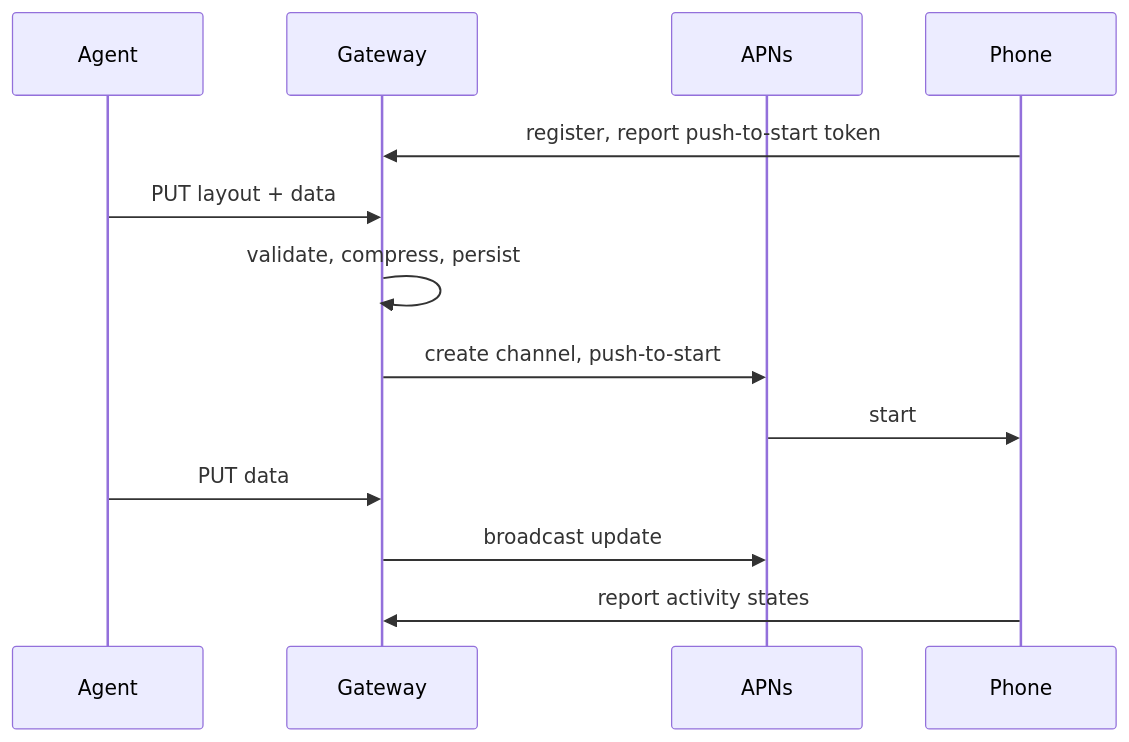
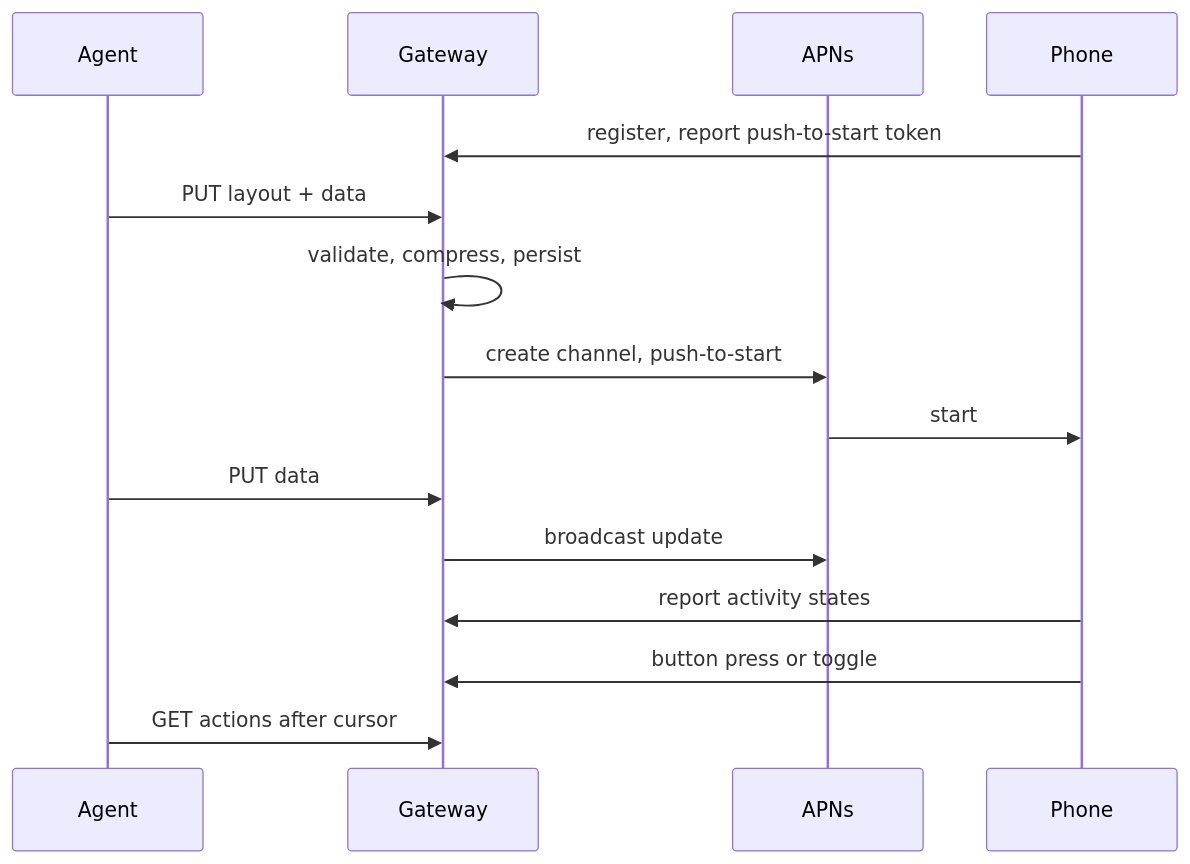
Before and after one commit to emileberhard/Lykta: the diagram in docs/architecture.md, drawn with Mermaid. The commit also changed other lines of this file and 25 other files, not shown here.

First line of the commit message:
Let layouts chart, repeat, link, animate and take taps

````diff
--- a/docs/architecture.md
+++ b/docs/architecture.md
@@ -17,15 +16,17 @@
 ```mermaid
 sequenceDiagram
     participant Agent
     participant Gateway
     participant APNs
     participant Phone
     Phone->>Gateway: register, report push-to-start token
     Agent->>Gateway: PUT layout + data
     Gateway->>Gateway: validate, compress, persist
     Gateway->>APNs: create channel, push-to-start
     APNs->>Phone: start
     Agent->>Gateway: PUT data
     Gateway->>APNs: broadcast update
     Phone->>Gateway: report activity states
+    Phone->>Gateway: button press or toggle
+    Agent->>Gateway: GET actions after cursor
 ```
````
